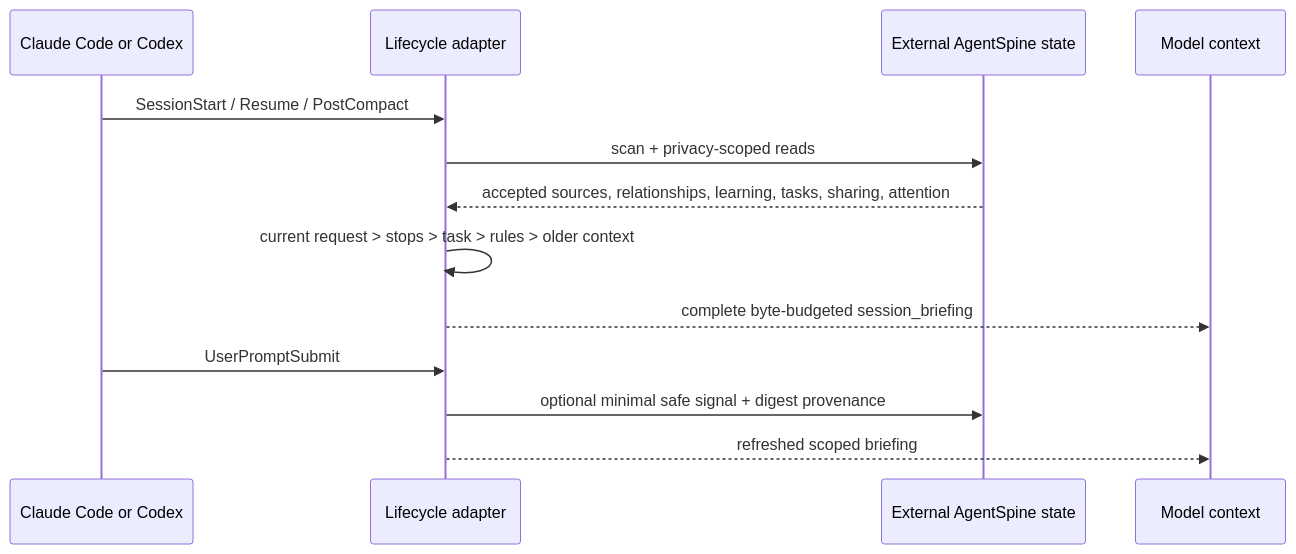
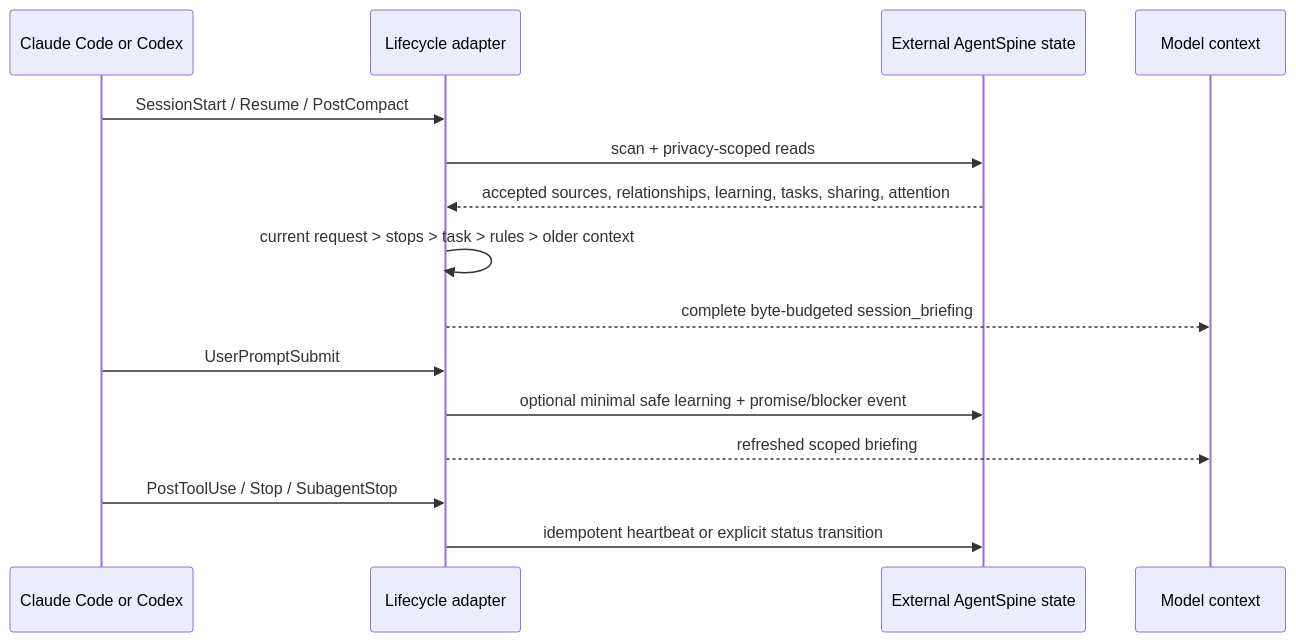
The diagram in docs/automatic-continuity.md (Maykbiletti/AgentSpine), drawn with Mermaid before and after one commit. The commit also changed other lines of this file and 30 other files, not shown here.

````diff
--- a/docs/automatic-continuity.md
+++ b/docs/automatic-continuity.md
@@ -21,15 +21,17 @@
 ```mermaid
 sequenceDiagram
     participant H as Claude Code or Codex
     participant L as Lifecycle adapter
     participant S as External AgentSpine state
     participant M as Model context
     H->>L: SessionStart / Resume / PostCompact
     L->>S: scan + privacy-scoped reads
     S-->>L: accepted sources, relationships, learning, tasks, sharing, attention
     L->>L: current request > stops > task > rules > older context
     L-->>M: complete byte-budgeted session_briefing
     H->>L: UserPromptSubmit
-    L->>S: optional minimal safe signal + digest provenance
+    L->>S: optional minimal safe learning + promise/blocker event
     L-->>M: refreshed scoped briefing
+    H->>L: PostToolUse / Stop / SubagentStop
+    L->>S: idempotent heartbeat or explicit status transition
 ```
````
